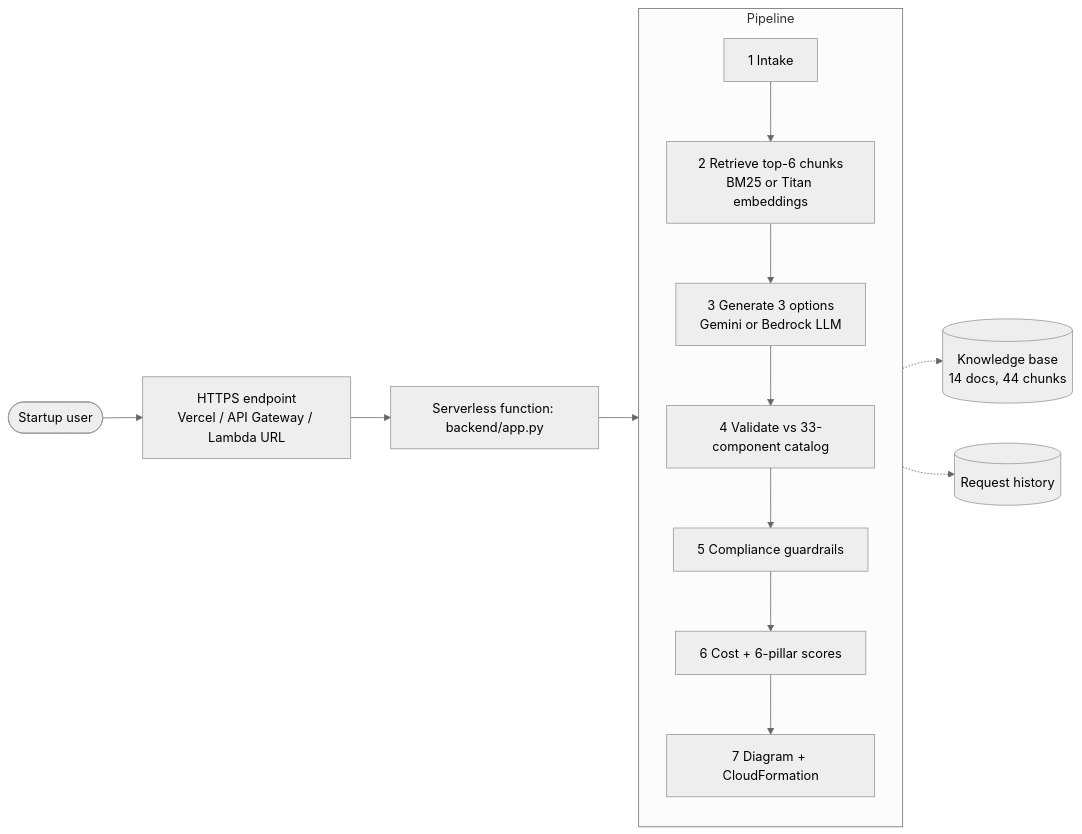
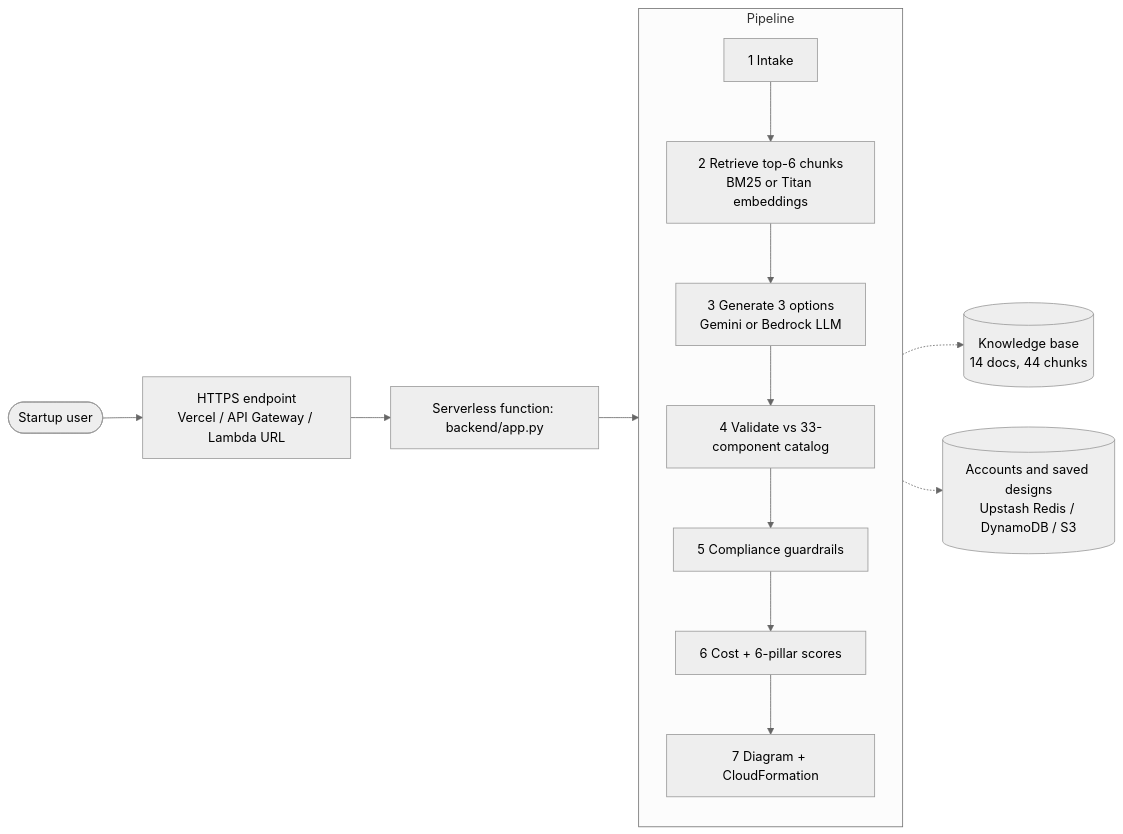
The diagram in README.md (sai-140307/CloudArch-Advisor), drawn with Mermaid (neutral theme) before and after one commit. The commit also changed other lines of this file, not shown here.

````diff
--- a/README.md
+++ b/README.md
@@ -27,17 +32,17 @@
 ```mermaid
 flowchart LR
   U([Startup user]) --> E[HTTPS endpoint<br/>Vercel / API Gateway / Lambda URL]
   E --> F[Serverless function: backend/app.py]
   subgraph F2[Pipeline]
     direction TB
     S1[1 Intake] --> S2[2 Retrieve top-6 chunks<br/>BM25 or Titan embeddings]
     S2 --> S3[3 Generate 3 options<br/>Gemini or Bedrock LLM]
     S3 --> S4[4 Validate vs 33-component catalog]
     S4 --> S5[5 Compliance guardrails]
     S5 --> S6[6 Cost + 6-pillar scores]
     S6 --> S7[7 Diagram + CloudFormation]
   end
   F --> F2
   S2 -.-> KB[(Knowledge base<br/>14 docs, 44 chunks)]
-  S7 -.-> H[(Request history)]
+  S7 -.-> H[(Accounts and saved designs<br/>Upstash Redis / DynamoDB / S3)]
 ```
````
